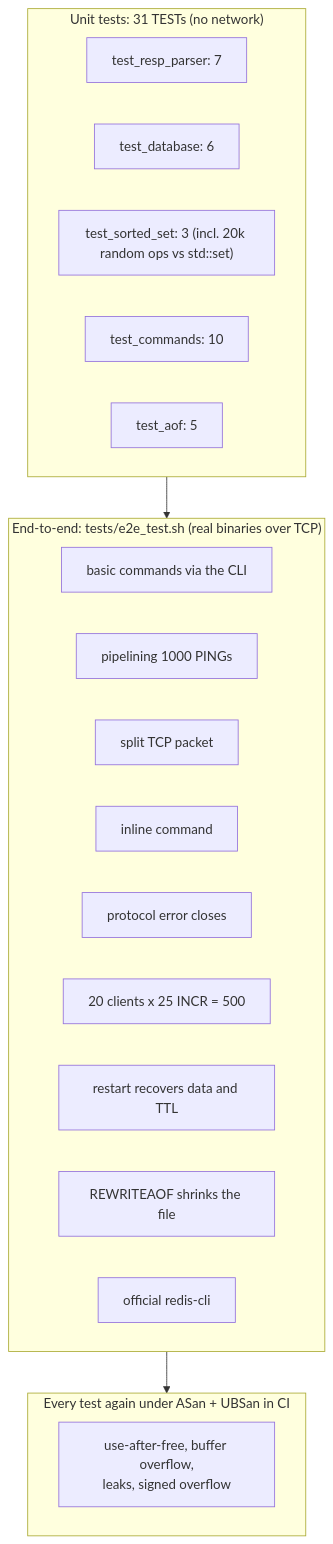
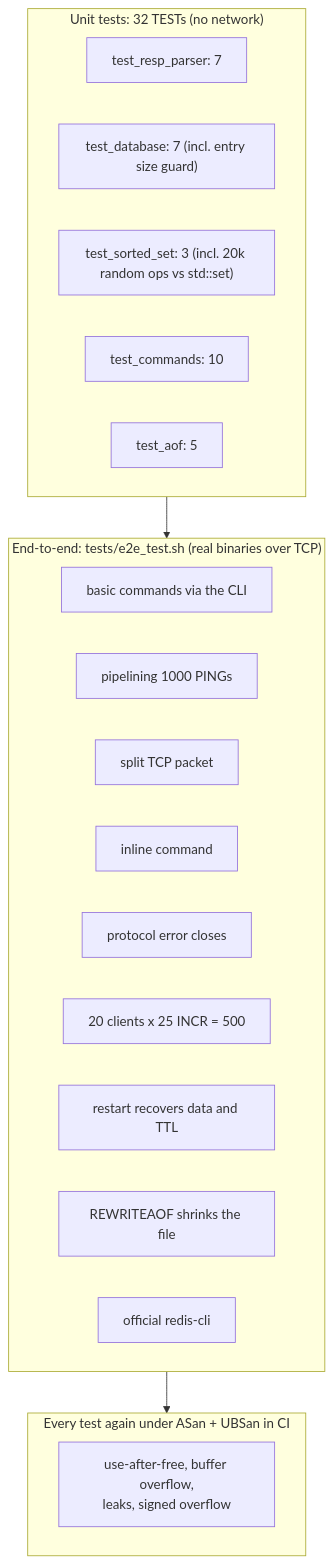
Diagram 24 of 24 in docs/5-diagrams.md (X-Rachit-X/mini-Redis), drawn with Mermaid before and after one commit. The commit also changed other lines of this file and 10 other files, not shown here.

````diff
--- a/docs/5-diagrams.md
+++ b/docs/5-diagrams.md
@@ -823,25 +831,25 @@
 ```mermaid
 flowchart TB
     subgraph E2E["End-to-end: tests/e2e_test.sh (real binaries over TCP)"]
         e1["basic commands via the CLI"]
         e2["pipelining 1000 PINGs"]
         e3["split TCP packet"]
         e4["inline command"]
         e5["protocol error closes"]
         e6["20 clients x 25 INCR = 500"]
         e7["restart recovers data and TTL"]
         e8["REWRITEAOF shrinks the file"]
         e9["official redis-cli"]
     end
-    subgraph UNIT["Unit tests: 31 TESTs (no network)"]
+    subgraph UNIT["Unit tests: 32 TESTs (no network)"]
         u1["test_resp_parser: 7"]
-        u2["test_database: 6"]
+        u2["test_database: 7 (incl. entry size guard)"]
         u3["test_sorted_set: 3 (incl. 20k random ops vs std::set)"]
         u4["test_commands: 10"]
         u5["test_aof: 5"]
     end
     subgraph SAN["Every test again under ASan + UBSan in CI"]
         s1["use-after-free, buffer overflow,<br/>leaks, signed overflow"]
     end
     UNIT --> E2E --> SAN
 ```
````
